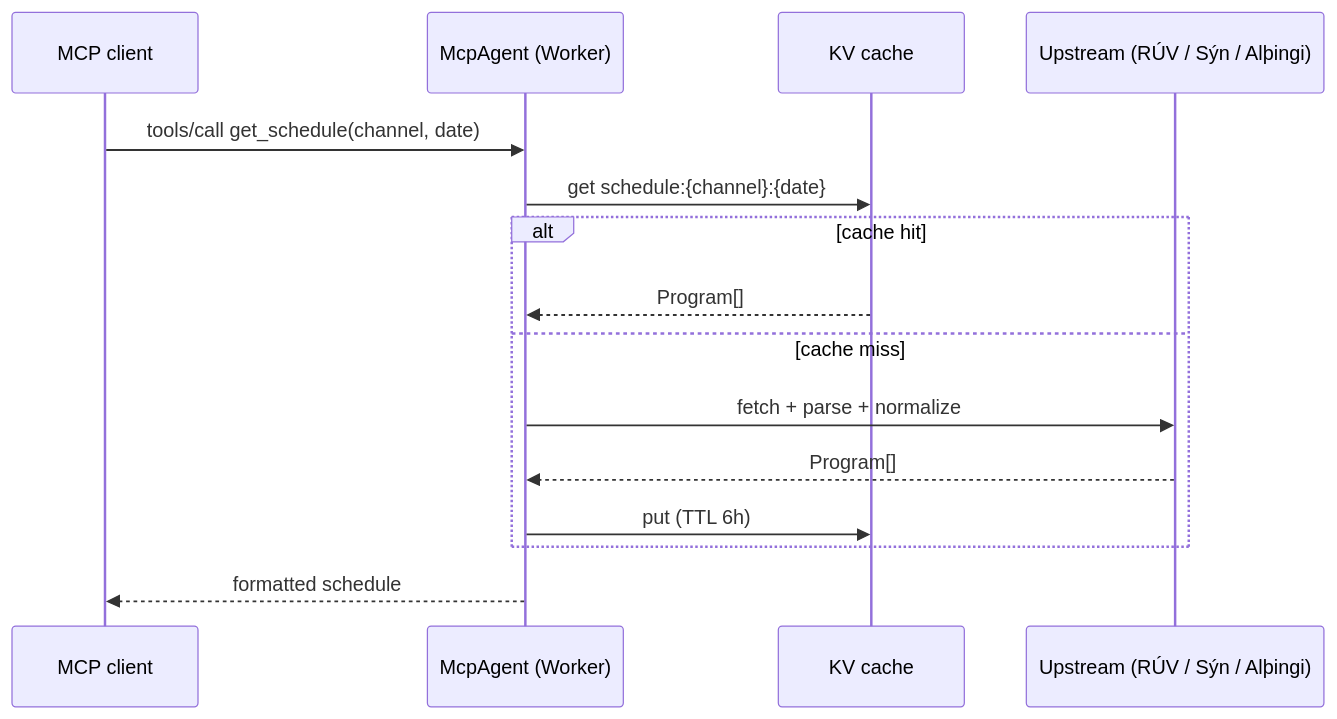
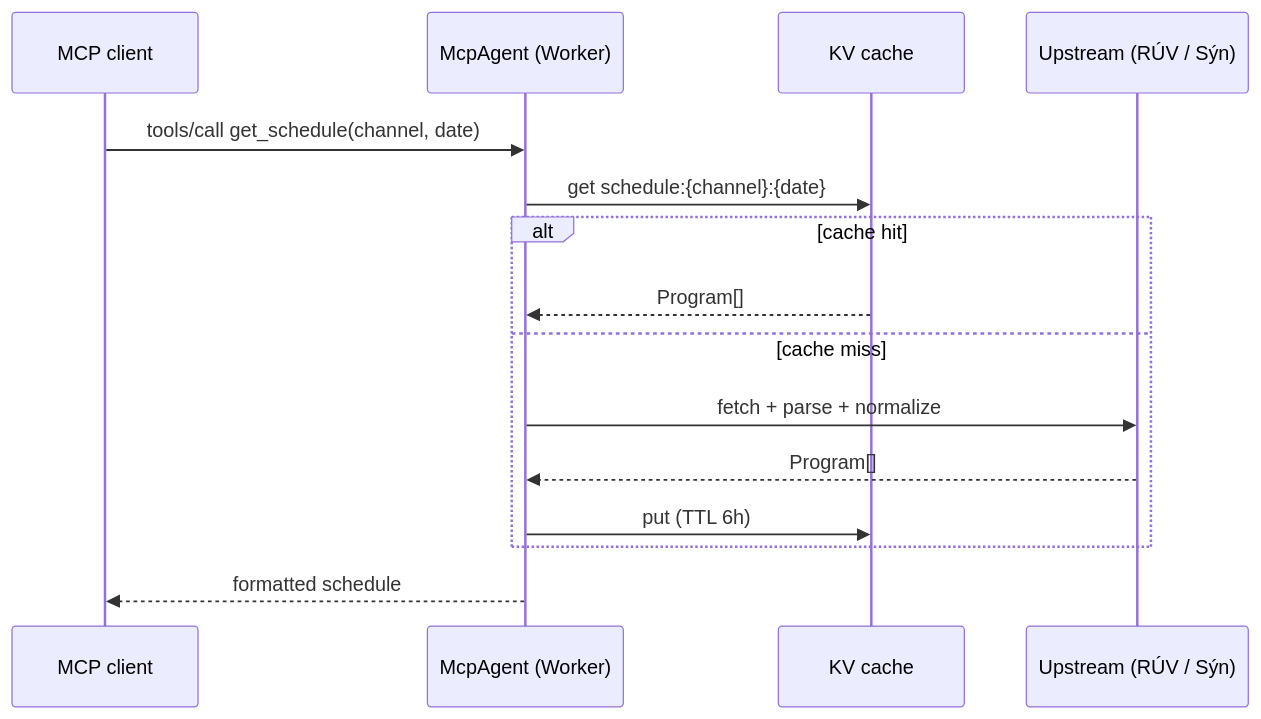
One commit to HermannBjorgvin/dagskra changed the third of 3 diagrams in README.md. Above: the diagram before and after it, drawn with Mermaid. The commit also changed other lines of this file and 5 other files, not shown here.

````diff
--- a/README.md
+++ b/README.md
@@ -194,18 +189,18 @@
 ```mermaid
 sequenceDiagram
     participant C as MCP client
     participant M as McpAgent (Worker)
     participant K as KV cache
-    participant U as Upstream (RÚV / Sýn / Alþingi)
+    participant U as Upstream (RÚV / Sýn)
 
     C->>M: tools/call get_schedule(channel, date)
     M->>K: get schedule:{channel}:{date}
     alt cache hit
         K-->>M: Program[]
     else cache miss
         M->>U: fetch + parse + normalize
         U-->>M: Program[]
         M->>K: put (TTL 6h)
     end
     M-->>C: formatted schedule
 ```
````
